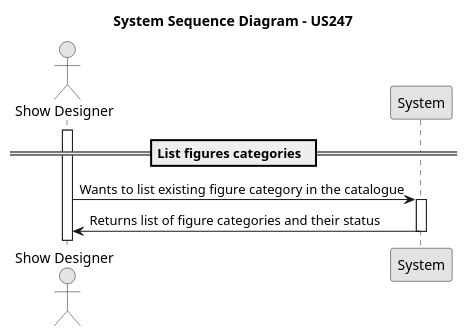
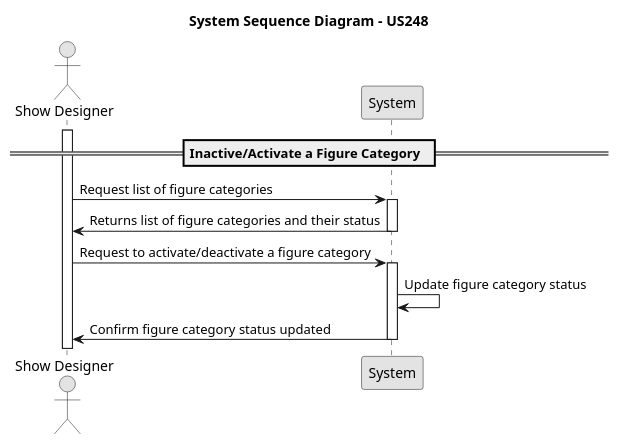
The diagram in docs/Sprint2/us_248/diagrams/system-sequence-diagram-US248.puml (rubenFreitas1/ISEP-LAPR4-2024-2025), drawn with PlantUML before and after one commit. The commit also changed 3 other files, not shown here.

```diff
--- a/docs/Sprint2/us_248/diagrams/system-sequence-diagram-US248.puml
+++ b/docs/Sprint2/us_248/diagrams/system-sequence-diagram-US248.puml
@@ -1,23 +1,29 @@
 @startuml
 skinparam monochrome true
 skinparam packageStyle rectangle
 skinparam shadowing false
 
 actor "Show Designer" as showDesigner
 participant "System" as system
 
-title System Sequence Diagram - US247
+title System Sequence Diagram - US248
 
-== List figures categories  ==
+== Inactive/Activate a Figure Category  ==
 activate showDesigner
 
-showDesigner -> system : Wants to list existing figure category in the catalogue
+showDesigner -> system : Request list of figure categories
 activate system
 
 system -> showDesigner : Returns list of figure categories and their status
+deactivate system
+
+showDesigner -> system : Request to activate/deactivate a figure category
+activate system
+system -> system : Update figure category status
+system -> showDesigner : Confirm figure category status updated
 deactivate system
 
 
 
 
 @enduml
```
